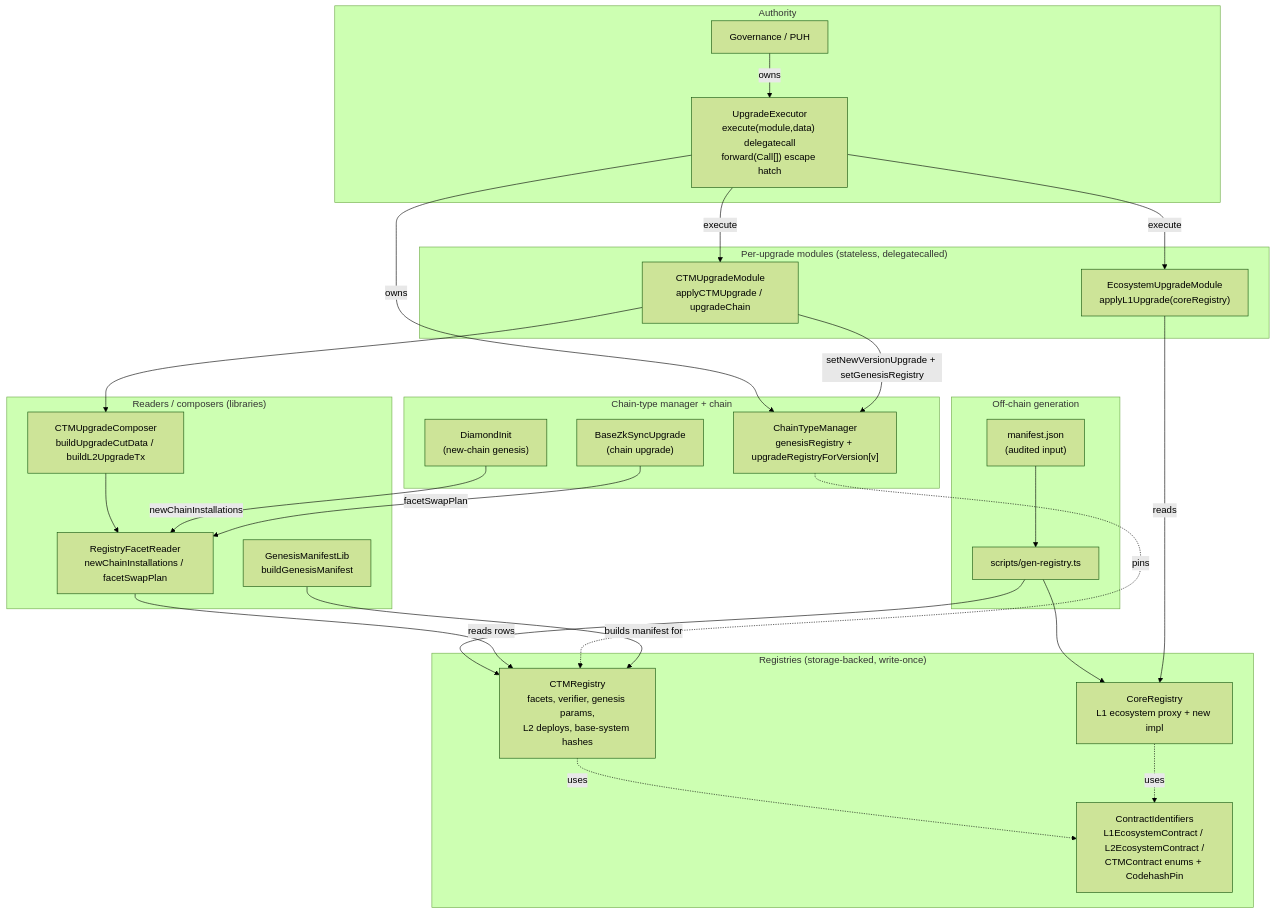
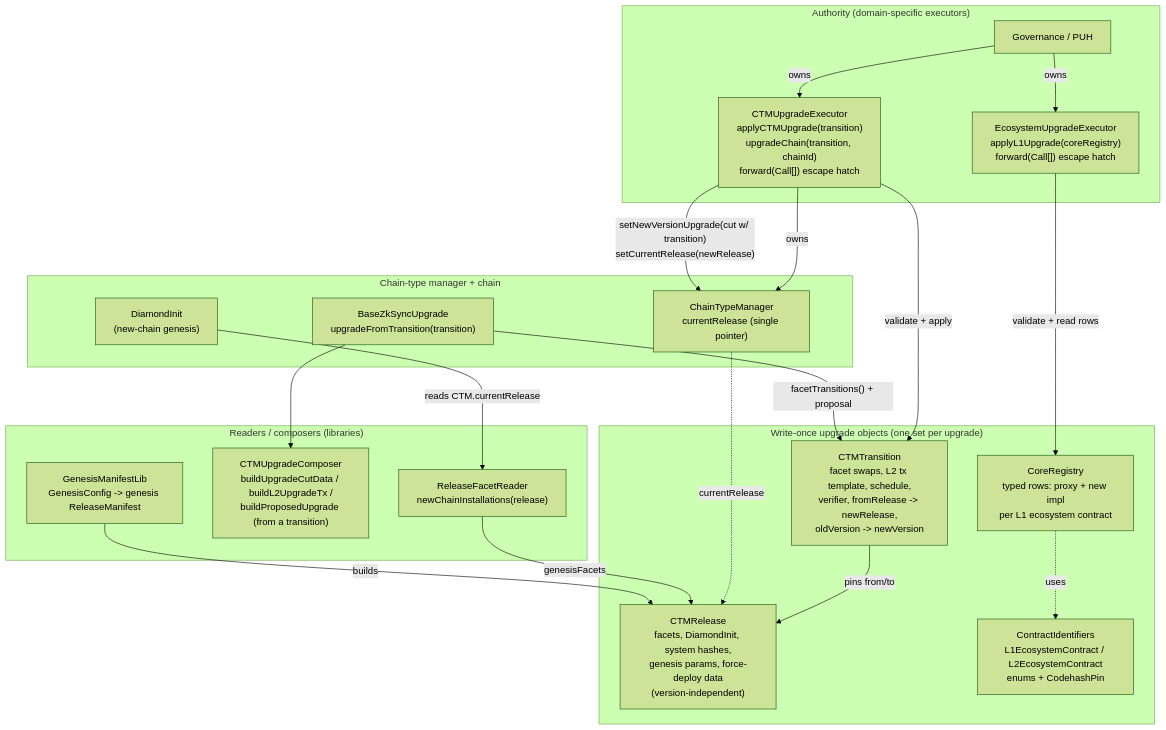
The diagram in docs/registry-driven-upgrades.md (matter-labs/era-contracts), drawn with Mermaid (forest theme) before and after one commit. The commit also changed other lines of this file and 14 other files, not shown here.

First line of the commit message:
fix: port anvil registry runner + main doc to the release/transition model

````diff
--- a/docs/registry-driven-upgrades.md
+++ b/docs/registry-driven-upgrades.md
@@ -14,57 +24,43 @@
 ```mermaid
 flowchart TB
-    subgraph offchain["Off-chain generation"]
-      manifest["manifest.json<br/>(audited input)"]
-      gen["scripts/gen-registry.ts"]
-      manifest --> gen
+    subgraph auth["Authority (domain-specific executors)"]
+      PUH["Governance / PUH"]
+      CTMEXE["CTMUpgradeExecutor<br/>applyCTMUpgrade(transition)<br/>upgradeChain(transition, chainId)<br/>forward(Call[]) escape hatch"]
+      ECOEXE["EcosystemUpgradeExecutor<br/>applyL1Upgrade(coreRegistry)<br/>forward(Call[]) escape hatch"]
+      PUH -->|owns| CTMEXE
+      PUH -->|owns| ECOEXE
     end
 
-    subgraph auth["Authority"]
-      PUH["Governance / PUH"]
-      EXE["UpgradeExecutor<br/>execute(module,data) delegatecall<br/>forward(Call[]) escape hatch"]
-      PUH -->|owns| EXE
-    end
-
-    subgraph modules["Per-upgrade modules (stateless, delegatecalled)"]
-      COREMOD["EcosystemUpgradeModule<br/>applyL1Upgrade(coreRegistry)"]
-      CTMMOD["CTMUpgradeModule<br/>applyCTMUpgrade / upgradeChain"]
-    end
-
-    subgraph registries["Registries (storage-backed, write-once)"]
-      CTMREG["CTMRegistry<br/>facets, verifier, genesis params,<br/>L2 deploys, base-system hashes"]
-      COREREG["CoreRegistry<br/>L1 ecosystem proxy + new impl"]
-      IDS["ContractIdentifiers<br/>L1EcosystemContract / L2EcosystemContract /<br/>CTMContract enums + CodehashPin"]
-      CTMREG -.uses.-> IDS
+    subgraph objects["Write-once upgrade objects (one set per upgrade)"]
+      REL["CTMRelease<br/>facets, DiamondInit, system hashes,<br/>genesis params, force-deploy data<br/>(version-independent)"]
+      TRA["CTMTransition<br/>facet swaps, L2 tx template, schedule,<br/>verifier, fromRelease -> newRelease,<br/>oldVersion -> newVersion"]
+      COREREG["CoreRegistry<br/>typed rows: proxy + new impl<br/>per L1 ecosystem contract"]
+      IDS["ContractIdentifiers<br/>L1EcosystemContract / L2EcosystemContract<br/>enums + CodehashPin"]
+      TRA -->|pins from/to| REL
       COREREG -.uses.-> IDS
     end
 
     subgraph libs["Readers / composers (libraries)"]
-      READER["RegistryFacetReader<br/>newChainInstallations / facetSwapPlan"]
-      COMPOSER["CTMUpgradeComposer<br/>buildUpgradeCutData / buildL2UpgradeTx"]
-      GENLIB["GenesisManifestLib<br/>buildGenesisManifest"]
+      READER["ReleaseFacetReader<br/>newChainInstallations(release)"]
+      COMPOSER["CTMUpgradeComposer<br/>buildUpgradeCutData / buildL2UpgradeTx /<br/>buildProposedUpgrade (from a transition)"]
+      GENLIB["GenesisManifestLib<br/>GenesisConfig -> genesis ReleaseManifest"]
     end
 
     subgraph chain["Chain-type manager + chain"]
-      CTM["ChainTypeManager<br/>genesisRegistry + upgradeRegistryForVersion[v]"]
+      CTM["ChainTypeManager<br/>currentRelease (single pointer)"]
       DI["DiamondInit<br/>(new-chain genesis)"]
-      BASE["BaseZkSyncUpgrade<br/>(chain upgrade)"]
+      BASE["BaseZkSyncUpgrade<br/>upgradeFromTransition(transition)"]
     end
 
-    gen --> CTMREG
-    gen --> COREREG
+    CTMEXE -->|owns| CTM
+    CTMEXE -->|validate + apply| TRA
+    ECOEXE -->|validate + read rows| COREREG
 
-    EXE -->|execute| COREMOD
-    EXE -->|execute| CTMMOD
-    EXE -->|owns| CTM
-
-    COREMOD -->|reads| COREREG
-    CTMMOD --> COMPOSER
-    COMPOSER --> READER
-    READER -->|reads rows| CTMREG
-    CTMMOD -->|setNewVersionUpgrade + setGenesisRegistry| CTM
-
-    CTM -.pins.-> CTMREG
-    GENLIB -->|builds manifest for| CTMREG
-    DI -->|newChainInstallations| READER
-    BASE -->|facetSwapPlan| READER
+    CTMEXE -->|"setNewVersionUpgrade(cut w/ transition)<br/>setCurrentRelease(newRelease)"| CTM
+    CTM -.currentRelease.-> REL
+    DI -->|reads CTM.currentRelease| READER
+    READER -->|genesisFacets| REL
+    BASE -->|"facetTransitions() + proposal"| TRA
+    BASE --> COMPOSER
+    GENLIB -->|builds| REL
 ```
````
